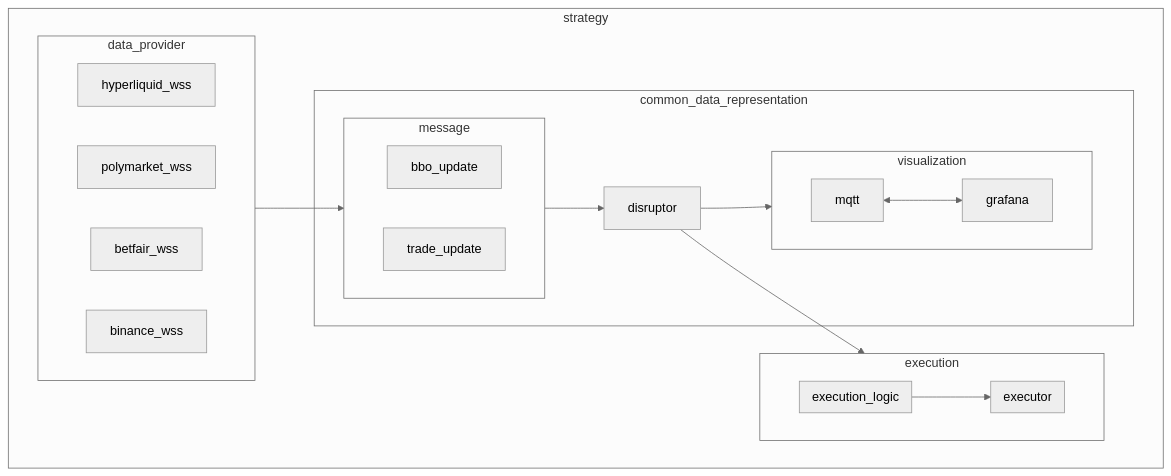
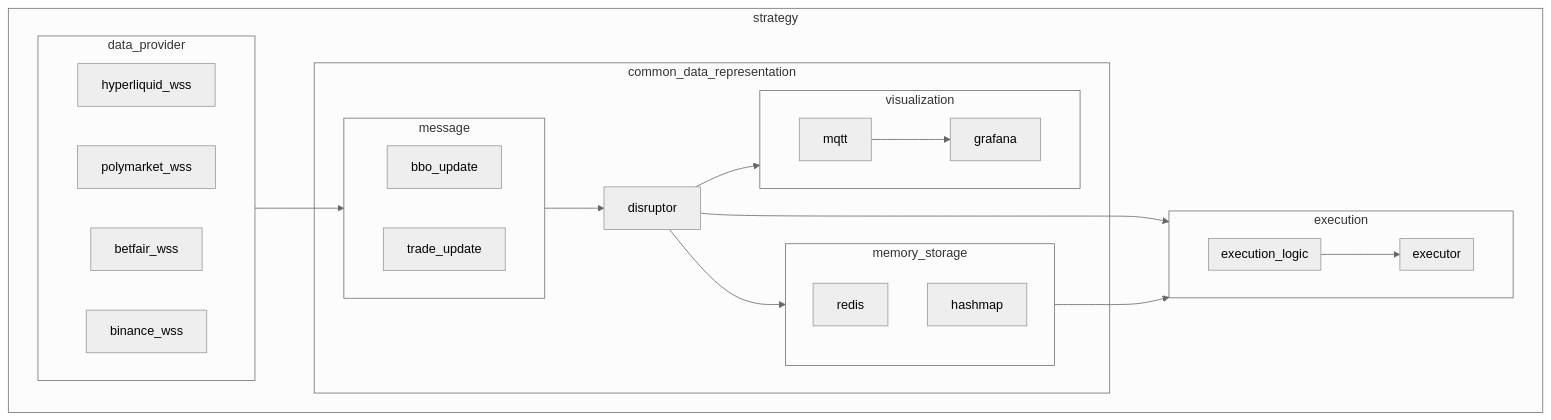
The first of 4 diagrams in README.md (sbOogway/smm), drawn with Mermaid (neutral theme) before and after one commit. The commit also changed other lines of this file and 14 other files, not shown here.

Commit message:
feat: add MemoryStorage trait with HashMap and Redis backends

````diff
--- a/README.md
+++ b/README.md
@@ -11,50 +11,57 @@
 ```mermaid
 flowchart TD
     subgraph strategy
         
         subgraph execution [execution]
             direction LR
             subgraph executor [executor]
             end
             subgraph execution_logic [execution_logic]
             end
             
         end
         subgraph common_data_representation
             disruptor
             subgraph visualization
                 direction LR
                 mqtt
                 grafana
+            end
+
+            subgraph memory_storage
+                redis
+                hashmap
             end
 
             subgraph message
                 direction LR
             
                 bbo_update
                 trade_update
             end
         end
 
         subgraph data_provider
             direction LR
             hyperliquid_wss
             polymarket_wss
             betfair_wss
             binance_wss
         end
         
     end
 
     data_provider --> message
     common_data_representation --> visualization
 
     message --> disruptor
     disruptor --> execution
+    disruptor --> memory_storage
+    memory_storage --> execution
 
-    mqtt <--> grafana
+    mqtt --> grafana
 
     disruptor --> visualization
 
     execution_logic --> executor
 ```
````
